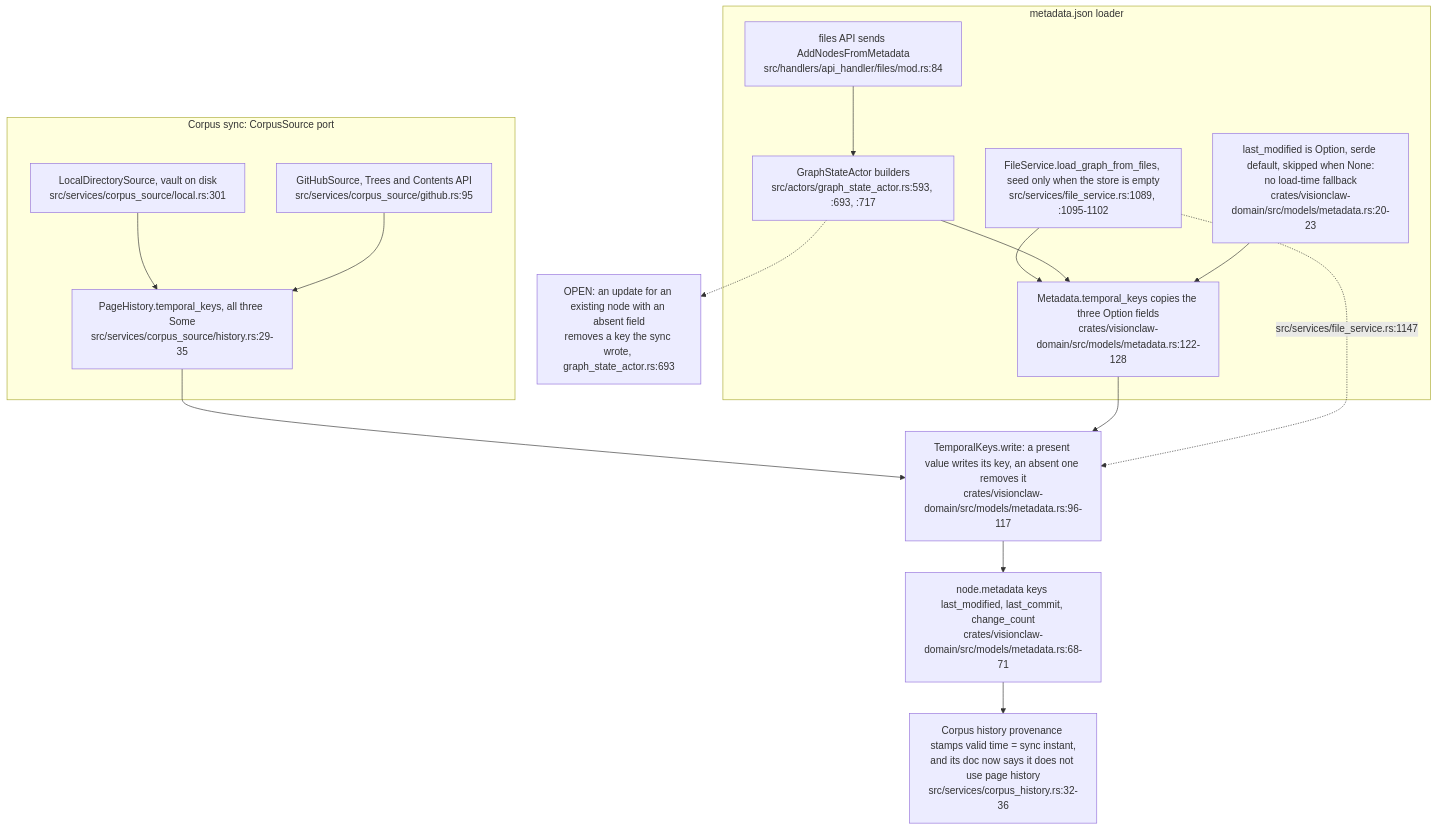
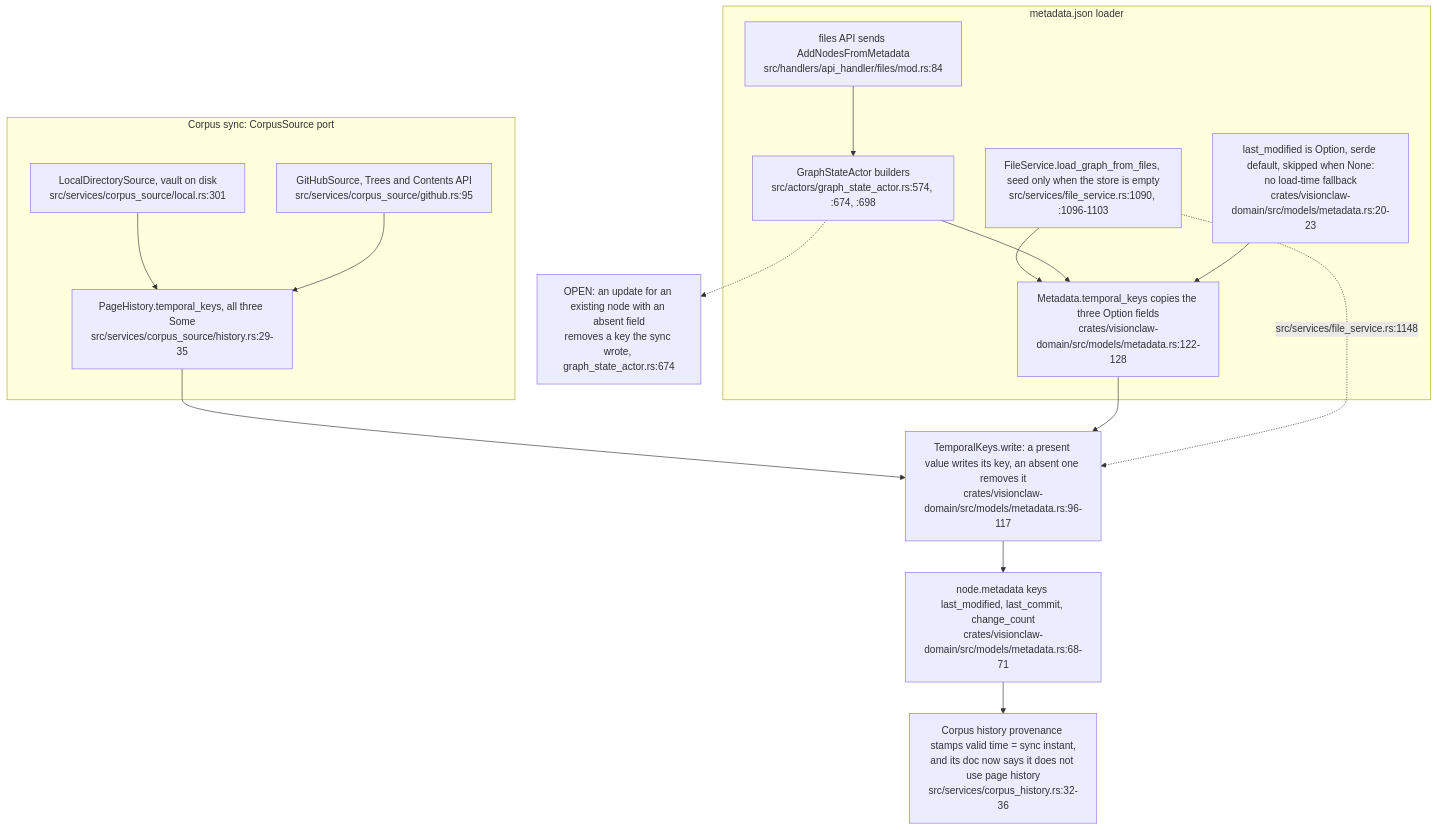
The seventh of 7 diagrams in docs/diagrams/visionclaw/21-corpus-ingest-and-vault.md (DreamLab-AI/VisionFlow), drawn with Mermaid before and after one commit. The commit also changed other lines of this file and 7 other files, not shown here.

````diff
--- a/docs/diagrams/visionclaw/21-corpus-ingest-and-vault.md
+++ b/docs/diagrams/visionclaw/21-corpus-ingest-and-vault.md
@@ -309,23 +309,23 @@
 ```mermaid
 flowchart TB
     subgraph CS["Corpus sync: CorpusSource port"]
         LOC["LocalDirectorySource, vault on disk<br/>src/services/corpus_source/local.rs:301"]
         GHS["GitHubSource, Trees and Contents API<br/>src/services/corpus_source/github.rs:95"]
         LOC --> PH["PageHistory.temporal_keys, all three Some<br/>src/services/corpus_source/history.rs:29-35"]
         GHS --> PH
     end
     subgraph MJ["metadata.json loader"]
-        SEED["FileService.load_graph_from_files, seed only when the store is empty<br/>src/services/file_service.rs:1089, :1095-1102"]
+        SEED["FileService.load_graph_from_files, seed only when the store is empty<br/>src/services/file_service.rs:1090, :1096-1103"]
         API["files API sends AddNodesFromMetadata<br/>src/handlers/api_handler/files/mod.rs:84"]
-        API --> ACT["GraphStateActor builders<br/>src/actors/graph_state_actor.rs:593, :693, :717"]
+        API --> ACT["GraphStateActor builders<br/>src/actors/graph_state_actor.rs:574, :674, :698"]
         SEED --> MK["Metadata.temporal_keys copies the three Option fields<br/>crates/visionclaw-domain/src/models/metadata.rs:122-128"]
         ACT --> MK
         OPT["last_modified is Option, serde default, skipped when None:<br/>no load-time fallback<br/>crates/visionclaw-domain/src/models/metadata.rs:20-23"] --> MK
     end
     PH --> TW["TemporalKeys.write: a present value writes its key, an absent one removes it<br/>crates/visionclaw-domain/src/models/metadata.rs:96-117"]
     MK --> TW
-    SEED -.->|"src/services/file_service.rs:1147"| TW
+    SEED -.->|"src/services/file_service.rs:1148"| TW
     TW --> NODE["node.metadata keys last_modified, last_commit, change_count<br/>crates/visionclaw-domain/src/models/metadata.rs:68-71"]
     NODE --> PROV["Corpus history provenance stamps valid time = sync instant,<br/>and its doc now says it does not use page history<br/>src/services/corpus_history.rs:32-36"]
-    ACT -.-> OPEN["OPEN: an update for an existing node with an absent field<br/>removes a key the sync wrote, graph_state_actor.rs:693"]
+    ACT -.-> OPEN["OPEN: an update for an existing node with an absent field<br/>removes a key the sync wrote, graph_state_actor.rs:674"]
 ```
````
